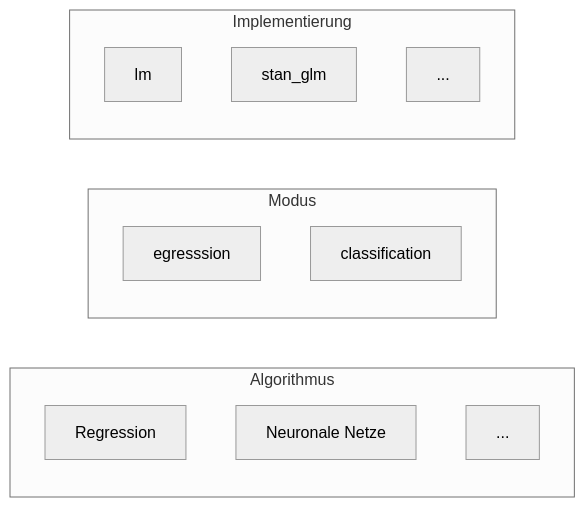
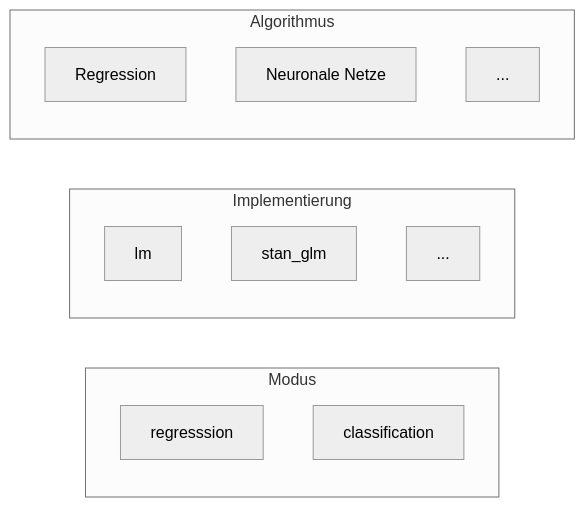
Before and after one commit to sebastiansauer/datascience1: the second of 2 diagrams in 060-tidymodels.qmd, drawn with Mermaid (neutral theme). The commit also changed other lines of this file and 3 other files, not shown here.

````diff
--- a/060-tidymodels.qmd
+++ b/060-tidymodels.qmd
@@ -196,24 +196,26 @@
 ```{mermaid}
 %%| fig-cap: Definition eines Models in tidymodels
 %%| label: fig-tidymodels-def
 flowchart LR
    
-  subgraph Algorithmus
-  R[Regression]
-  NN[Neuronale Netze]
-  div[...]
-  end 
+  
 
   subgraph Modus
-  r2[egresssion]
+  r2[regresssion]
   classification
   end
   
   subgraph Implementierung
   lm
   stan_glm
   div2[...]
   end
   
+  subgraph Algorithmus
+  R[Regression]
+  NN[Neuronale Netze]
+  div[...]
+  end 
+  
 
 ```
````
